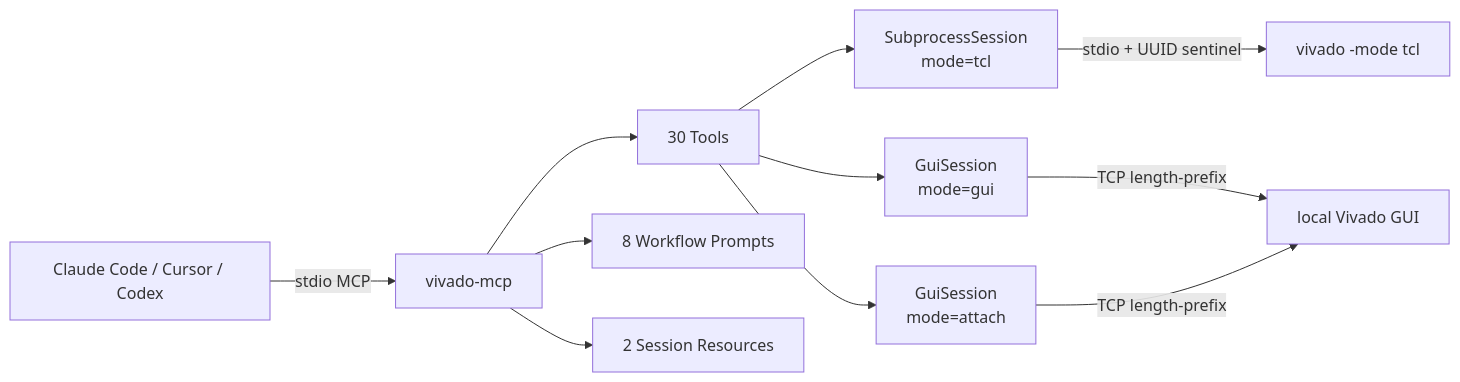
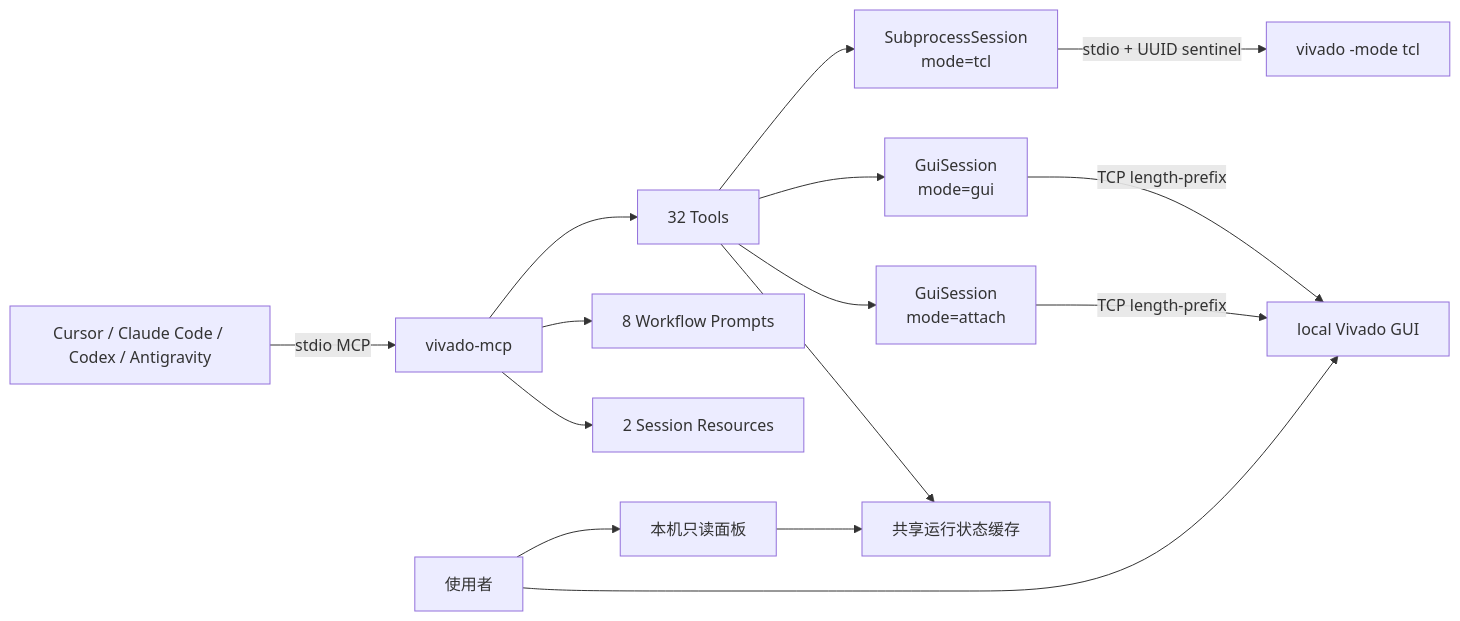
One commit to otter-fpga-lab/otter-vivado changed the diagram in README.md. Above: the diagram before and after it, drawn with Mermaid. The commit also changed other lines of this file and 23 other files, not shown here.

````diff
--- a/README.md
+++ b/README.md
@@ -501,13 +515,17 @@
 ```mermaid
 flowchart LR
-    Agent["Claude Code / Cursor / Codex"] -->|"stdio MCP"| MCP["vivado-mcp"]
-    MCP --> Tools["30 Tools"]
+    Agent["Cursor / Claude Code / Codex / Antigravity"] -->|"stdio MCP"| MCP["vivado-mcp"]
+    MCP --> Tools["32 Tools"]
     MCP --> Prompts["8 Workflow Prompts"]
     MCP --> Resources["2 Session Resources"]
     Tools --> Tcl["SubprocessSession\nmode=tcl"]
     Tools --> Gui["GuiSession\nmode=gui"]
     Tools --> Attach["GuiSession\nmode=attach"]
     Tcl -->|"stdio + UUID sentinel"| VivadoTcl["vivado -mode tcl"]
     Gui -->|"TCP length-prefix"| VivadoGui["local Vivado GUI"]
     Attach -->|"TCP length-prefix"| VivadoGui
+    Tools --> Monitor["共享运行状态缓存"]
+    Human["使用者"] --> VivadoGui
+    Human --> View["本机只读面板"]
+    View --> Monitor
 ```
````
